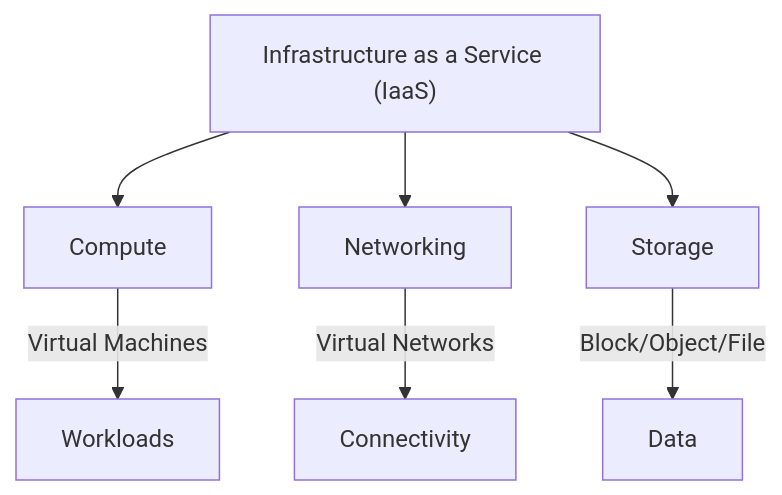
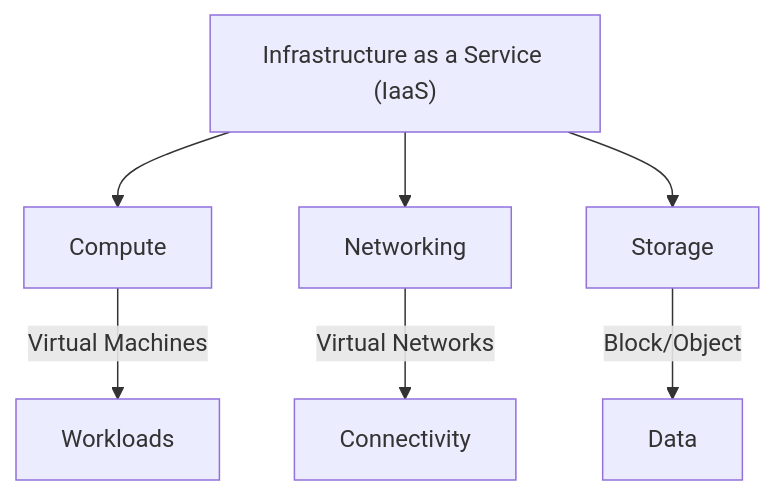
One commit to opensovereigncloud/docs changed the first of 2 diagrams in docs/overview/index.md. Above: the diagram before and after it, drawn with Mermaid. The commit also changed 3 other files, not shown here.

````diff
--- a/docs/overview/index.md
+++ b/docs/overview/index.md
@@ -13,12 +13,12 @@
 ```mermaid
 graph TD
     A["Infrastructure as a Service (IaaS)"]
     
     A --> D[Compute]
     A --> E[Networking]
     A --> F[Storage]
     
     D -->|Virtual Machines| J[Workloads]
     E -->|Virtual Networks| K[Connectivity]
-    F -->|Block/Object/File| L[Data]
+    F -->|Block/Object| L[Data]
 ```
````
